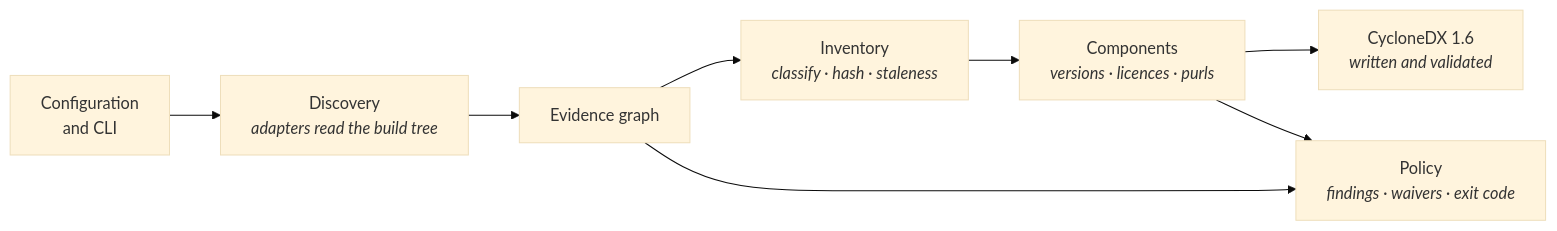
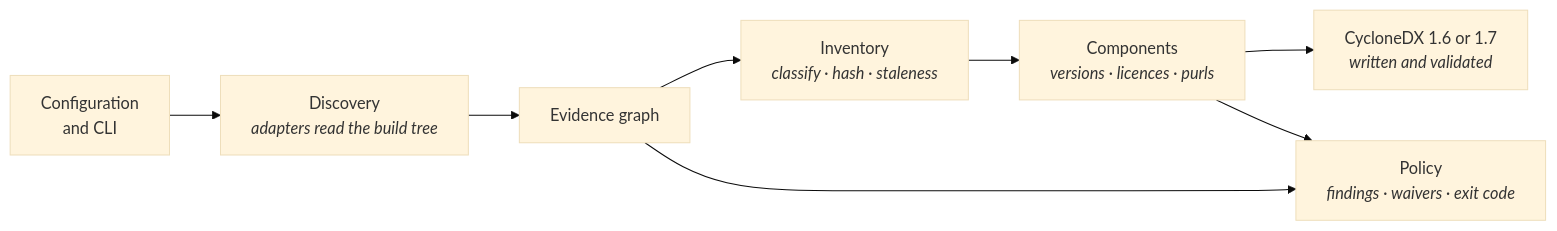
The third of 5 diagrams in docs/architecture.md (Andste82/sbomb), drawn with Mermaid (base theme) before and after one commit. The commit also changed other lines of this file and 24 other files, not shown here.

````diff
--- a/docs/architecture.md
+++ b/docs/architecture.md
@@ -77,10 +77,10 @@
 ```mermaid
 flowchart LR
     CFG["Configuration<br/>and CLI"] --> DISC["Discovery<br/><i>adapters read the build tree</i>"]
     DISC --> GRAPH["Evidence graph"]
     GRAPH --> INV["Inventory<br/><i>classify · hash · staleness</i>"]
     INV --> COMP["Components<br/><i>versions · licences · purls</i>"]
-    COMP --> DOC["CycloneDX 1.6<br/><i>written and validated</i>"]
+    COMP --> DOC["CycloneDX 1.6 or 1.7<br/><i>written and validated</i>"]
     GRAPH --> POL["Policy<br/><i>findings · waivers · exit code</i>"]
     COMP --> POL
 ```
````
